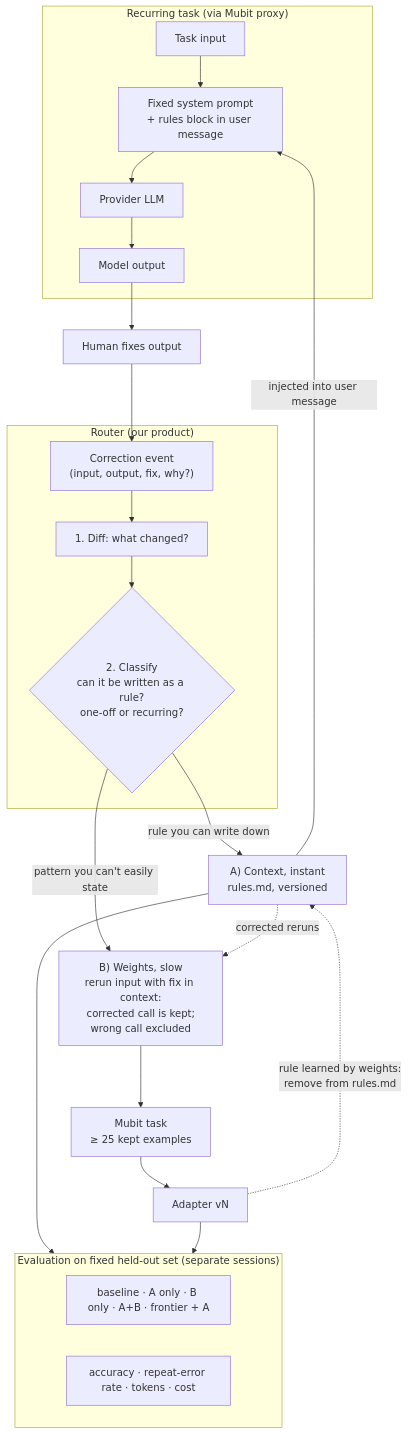
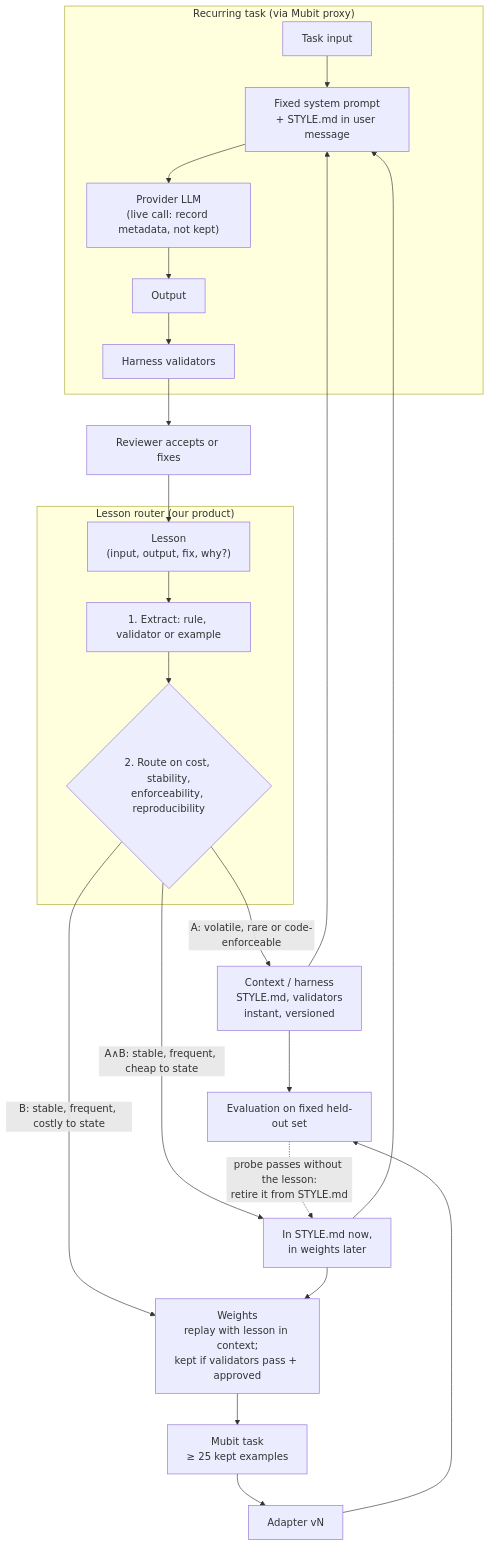
One commit to giuulio/mubit-hack changed the diagram in ARCHITECTURE.md. Above: the diagram before and after it, drawn with Mermaid. The commit also changed other lines of this file, not shown here.

Commit message:
Revise architecture around the lesson router

````diff
--- a/ARCHITECTURE.md
+++ b/ARCHITECTURE.md
@@ -22,33 +26,31 @@
 ```mermaid
 flowchart TD
     subgraph TASK["Recurring task (via Mubit proxy)"]
-        IN["Task input"] --> PROMPT["Fixed system prompt<br/>+ rules block in user message"]
-        PROMPT --> LLM["Provider LLM"]
-        LLM --> OUT["Model output"]
+        IN["Task input"] --> PROMPT["Fixed system prompt<br/>+ STYLE.md in user message"]
+        PROMPT --> LLM["Provider LLM<br/>(live call: record metadata, not kept)"]
+        LLM --> OUT["Output"]
+        OUT --> VAL["Harness validators"]
     end
 
-    OUT --> HUMAN["Human fixes output"]
-    HUMAN --> EVT["Correction event<br/>(input, output, fix, why?)"]
+    VAL --> HUMAN["Reviewer accepts or fixes"]
+    HUMAN --> LESSON["Lesson<br/>(input, output, fix, why?)"]
 
-    subgraph ROUTER["Router (our product)"]
-        EVT --> DIFF["1. Diff: what changed?"]
-        DIFF --> CLS{"2. Classify<br/>can it be written as a rule?<br/>one-off or recurring?"}
+    subgraph ROUTER["Lesson router (our product)"]
+        LESSON --> EXT["1. Extract: rule, validator or example"]
+        EXT --> RT{"2. Route on cost, stability,<br/>enforceability, reproducibility"}
     end
 
-    CLS -- "rule you can write down" --> A["A) Context, instant<br/>rules.md, versioned"]
-    CLS -- "pattern you can't easily state" --> B["B) Weights, slow<br/>rerun input with fix in context:<br/>corrected call is kept;<br/>wrong call excluded"]
+    RT -- "A: volatile, rare or code-enforceable" --> A["Context / harness<br/>STYLE.md, validators<br/>instant, versioned"]
+    RT -- "B: stable, frequent, costly to state" --> B["Weights<br/>replay with lesson in context;<br/>kept if validators pass + approved"]
+    RT -- "A∧B: stable, frequent, cheap to state" --> AB["In STYLE.md now,<br/>in weights later"]
 
-    A -- "injected into user message" --> PROMPT
-    A -. "corrected reruns" .-> B
+    A --> PROMPT
+    AB --> PROMPT
+    AB --> B
     B --> MUBIT["Mubit task<br/>≥ 25 kept examples"]
     MUBIT --> ADAPTER["Adapter vN"]
 
+    ADAPTER --> EVAL["Evaluation on fixed held-out set"]
     A --> EVAL
-    ADAPTER --> EVAL
-    subgraph EVAL["Evaluation on fixed held-out set (separate sessions)"]
-        CONF["baseline · A only · B only · A+B · frontier + A"]
-        MET["accuracy · repeat-error rate · tokens · cost"]
-    end
-
-    ADAPTER -. "rule learned by weights:<br/>remove from rules.md" .-> A
+    EVAL -. "probe passes without the lesson:<br/>retire it from STYLE.md" .-> AB
 ```
````
